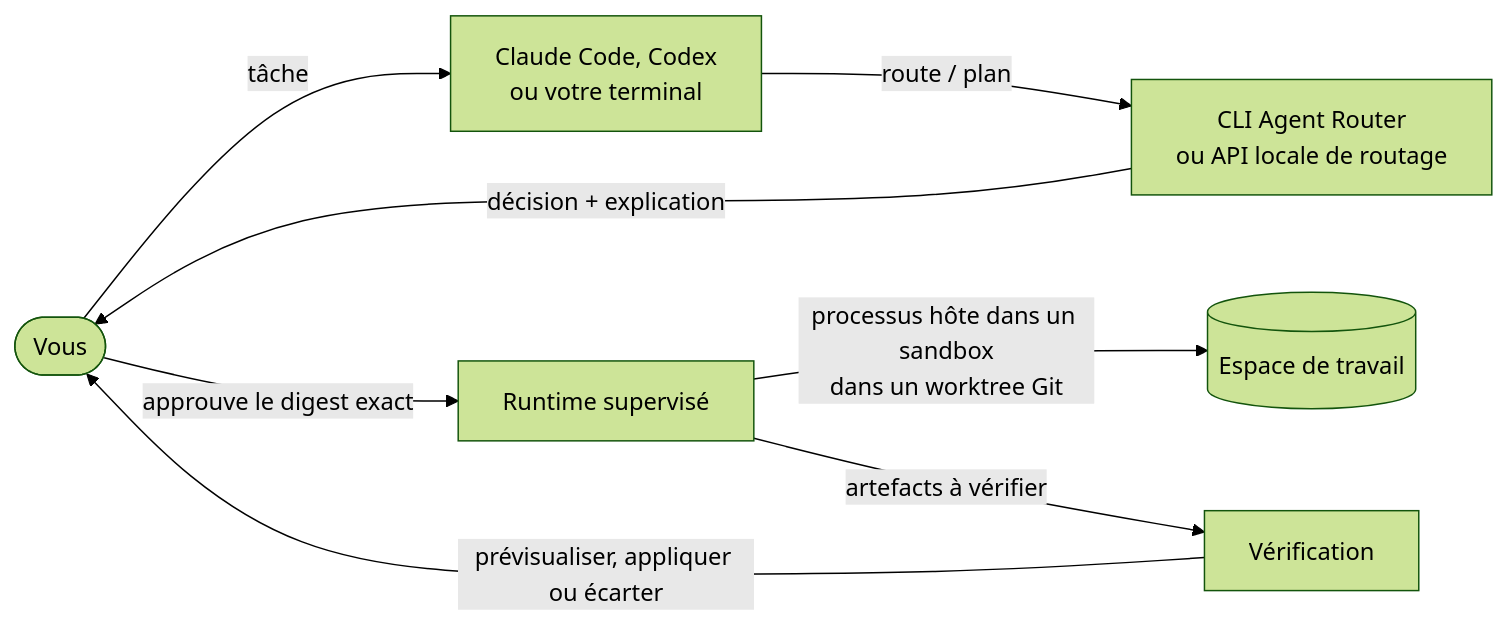
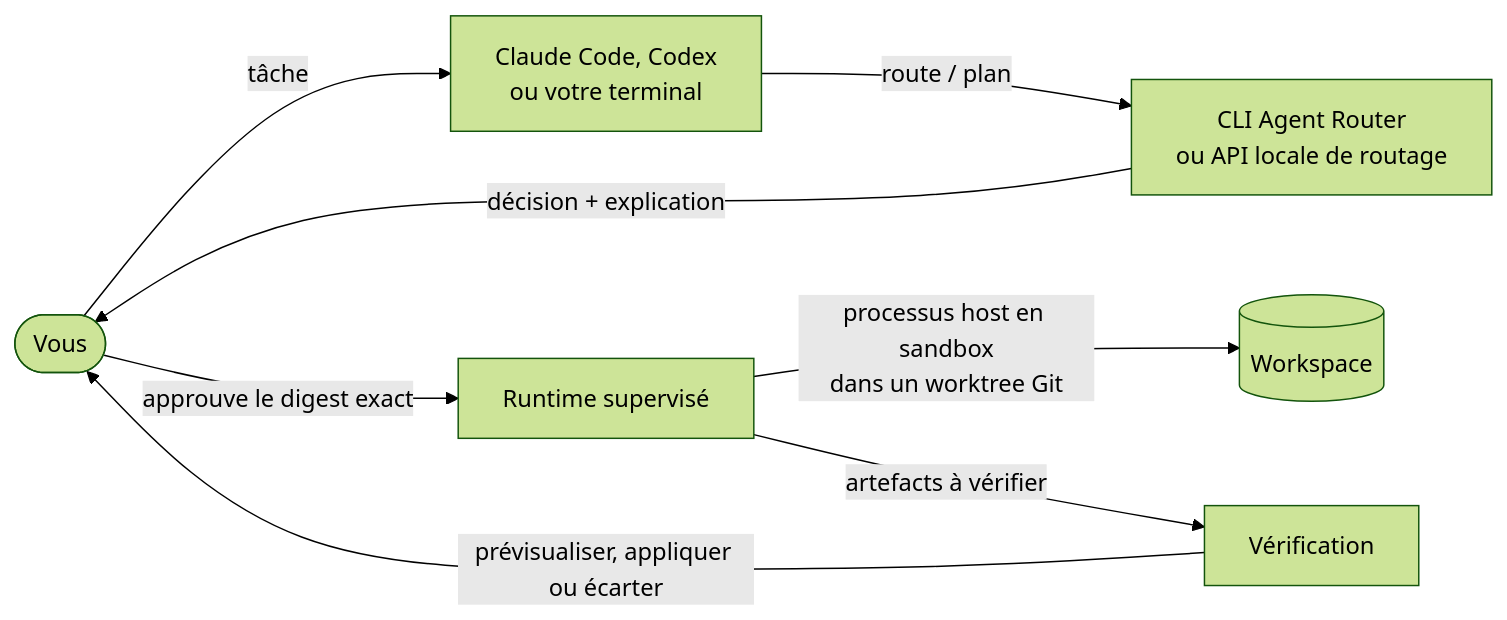
Before and after one commit to FlorianBruniaux/agent-router: the second of 4 diagrams in README.fr.md, drawn with Mermaid (forest theme). The commit also changed other lines of this file and 5 other files, not shown here.

````diff
--- a/README.fr.md
+++ b/README.fr.md
@@ -282,10 +296,10 @@
 ```mermaid
 flowchart LR
     U([Vous]) -->|tâche| H[Claude Code, Codex<br/>ou votre terminal]
     H -->|route / plan| AR[CLI Agent Router<br/>ou API locale de routage]
     AR -->|décision + explication| U
     U -->|approuve le digest exact| RT[Runtime supervisé]
-    RT -->|processus hôte dans un sandbox<br/>dans un worktree Git| W[(Espace de travail)]
+    RT -->|processus host en sandbox<br/>dans un worktree Git| W[(Workspace)]
     RT -->|artefacts à vérifier| V[Vérification]
     V -->|prévisualiser, appliquer ou écarter| U
 ```
````
